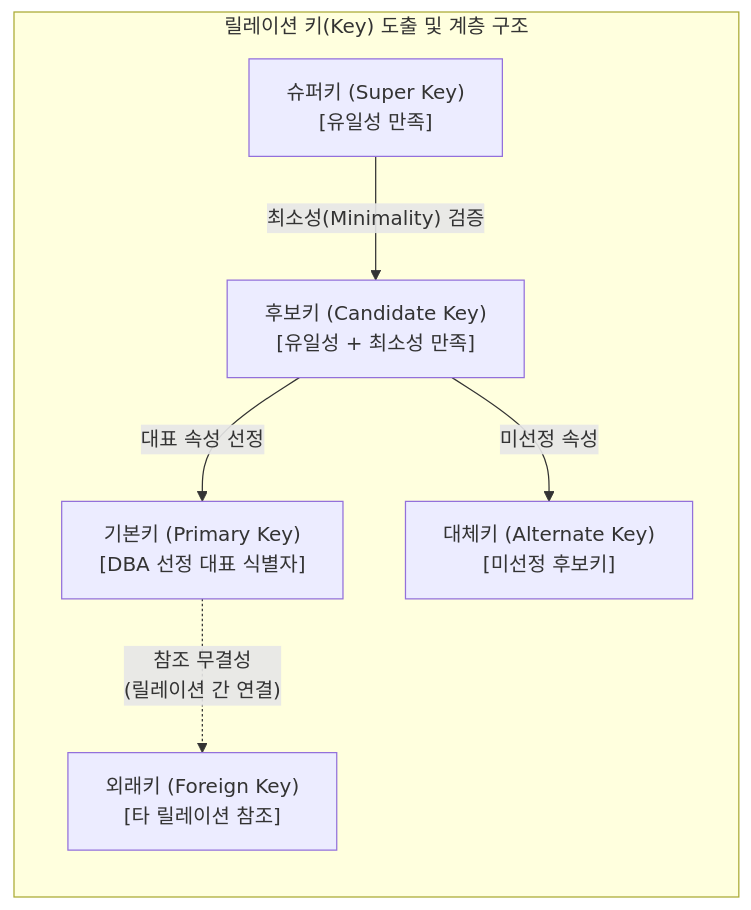
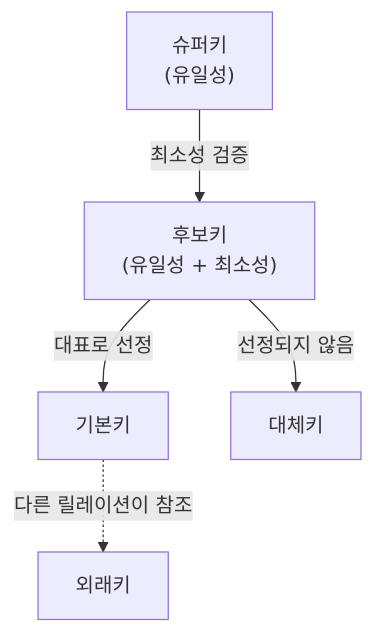
Before and after one commit to supremethumb/supremethumb.github.io: the diagram in content/01_IT Tech/릴레이션 키.md, drawn with Mermaid. The commit also changed other lines of this file and 1087 other files, not shown here.

````diff
--- a/content/01_IT Tech/릴레이션 키.md
+++ b/content/01_IT Tech/릴레이션 키.md
@@ -27,21 +35,7 @@
 ```mermaid
-flowchart TD
-    subgraph Relation_DB ["릴레이션 키(Key) 도출 및 계층 구조"]
-        direction TB
-        
-        SK["슈퍼키 (Super Key)\n[유일성 만족]"]
-        CK["후보키 (Candidate Key)\n[유일성 + 최소성 만족]"]
-        
-        PK["기본키 (Primary Key)\n[DBA 선정 대표 식별자]"]
-        AK["대체키 (Alternate Key)\n[미선정 후보키]"]
-        
-        FK["외래키 (Foreign Key)\n[타 릴레이션 참조]"]
-        
-        SK -- "최소성(Minimality) 검증" --> CK
-        CK -- "대표 속성 선정" --> PK
-        CK -- "미선정 속성" --> AK
-        
-        PK -. "참조 무결성\n(릴레이션 간 연결)" .-> FK
-    end
-
+flowchart TB
+    SK["슈퍼키<br/>(유일성)"] -->|"최소성 검증"| CK["후보키<br/>(유일성 + 최소성)"]
+    CK -->|"대표로 선정"| PK["기본키"]
+    CK -->|"선정되지 않음"| AK["대체키"]
+    PK -. "다른 릴레이션이 참조" .-> FK["외래키"]
 ```
````
